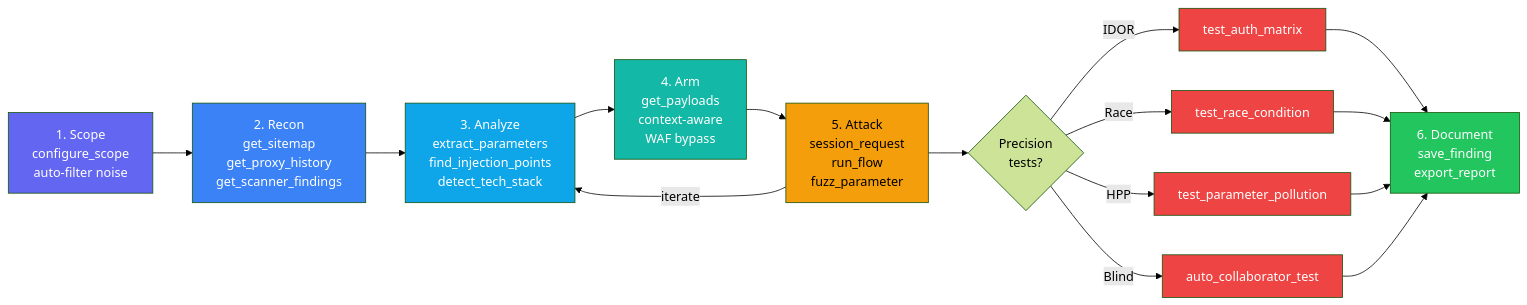
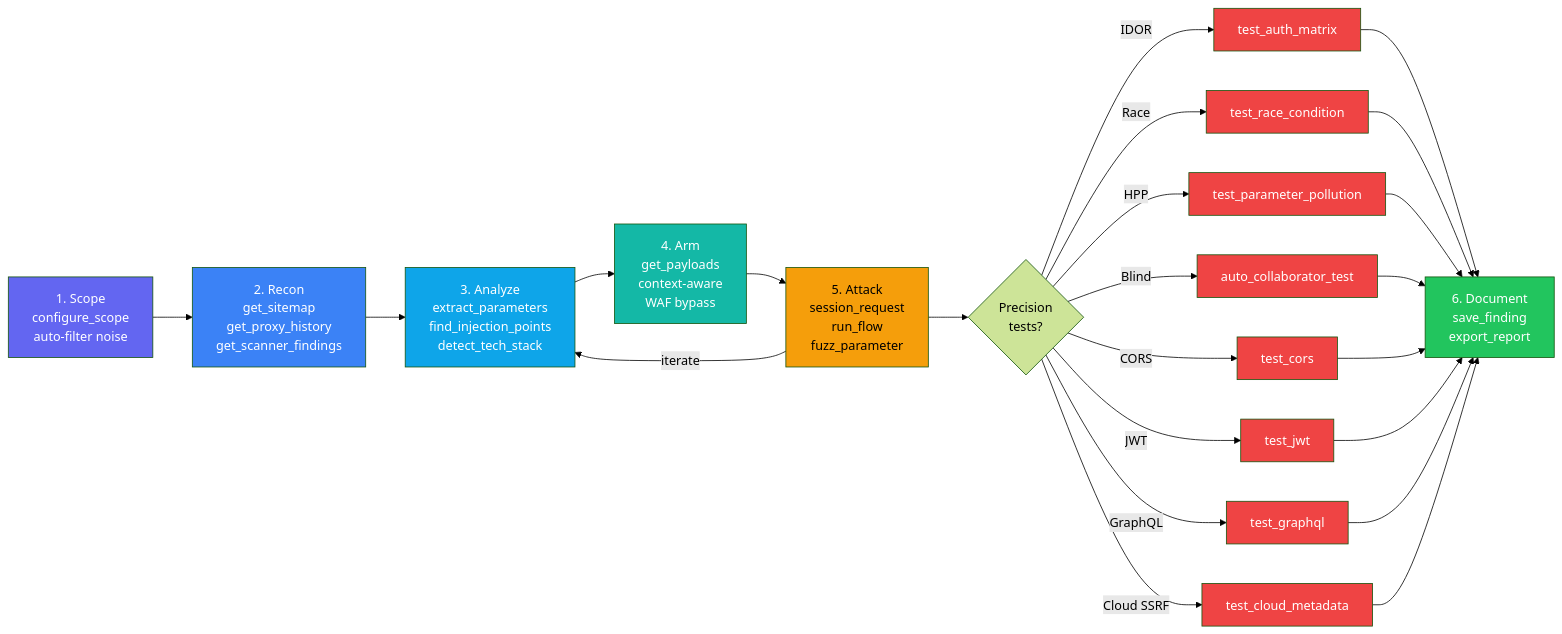
One commit to TyrusRC/praetor changed the second of 3 diagrams in README.md. Above: the diagram before and after it, drawn with Mermaid (forest theme). The commit also changed other lines of this file and 2 other files, not shown here.

````diff
--- a/README.md
+++ b/README.md
@@ -54,28 +56,40 @@
 ```mermaid
 flowchart LR
     A[1. Scope<br/>configure_scope<br/>auto-filter noise] --> B[2. Recon<br/>get_sitemap<br/>get_proxy_history<br/>get_scanner_findings]
     B --> C[3. Analyze<br/>extract_parameters<br/>find_injection_points<br/>detect_tech_stack]
     C --> D[4. Arm<br/>get_payloads<br/>context-aware<br/>WAF bypass]
     D --> E[5. Attack<br/>session_request<br/>run_flow<br/>fuzz_parameter]
     E --> F{Precision<br/>tests?}
     F -->|IDOR| G[test_auth_matrix]
     F -->|Race| H[test_race_condition]
     F -->|HPP| I[test_parameter_pollution]
     F -->|Blind| J[auto_collaborator_test]
+    F -->|CORS| G2[test_cors]
+    F -->|JWT| H2[test_jwt]
+    F -->|GraphQL| I2[test_graphql]
+    F -->|Cloud SSRF| J2[test_cloud_metadata]
     G --> K[6. Document<br/>save_finding<br/>export_report]
     H --> K
     I --> K
     J --> K
+    G2 --> K
+    H2 --> K
+    I2 --> K
+    J2 --> K
     E -->|iterate| C
 
     style A fill:#6366f1,color:#fff
     style B fill:#3b82f6,color:#fff
     style C fill:#0ea5e9,color:#fff
     style D fill:#14b8a6,color:#fff
     style E fill:#f59e0b,color:#000
     style G fill:#ef4444,color:#fff
     style H fill:#ef4444,color:#fff
     style I fill:#ef4444,color:#fff
     style J fill:#ef4444,color:#fff
+    style G2 fill:#ef4444,color:#fff
+    style H2 fill:#ef4444,color:#fff
+    style I2 fill:#ef4444,color:#fff
+    style J2 fill:#ef4444,color:#fff
     style K fill:#22c55e,color:#fff
 ```
````
